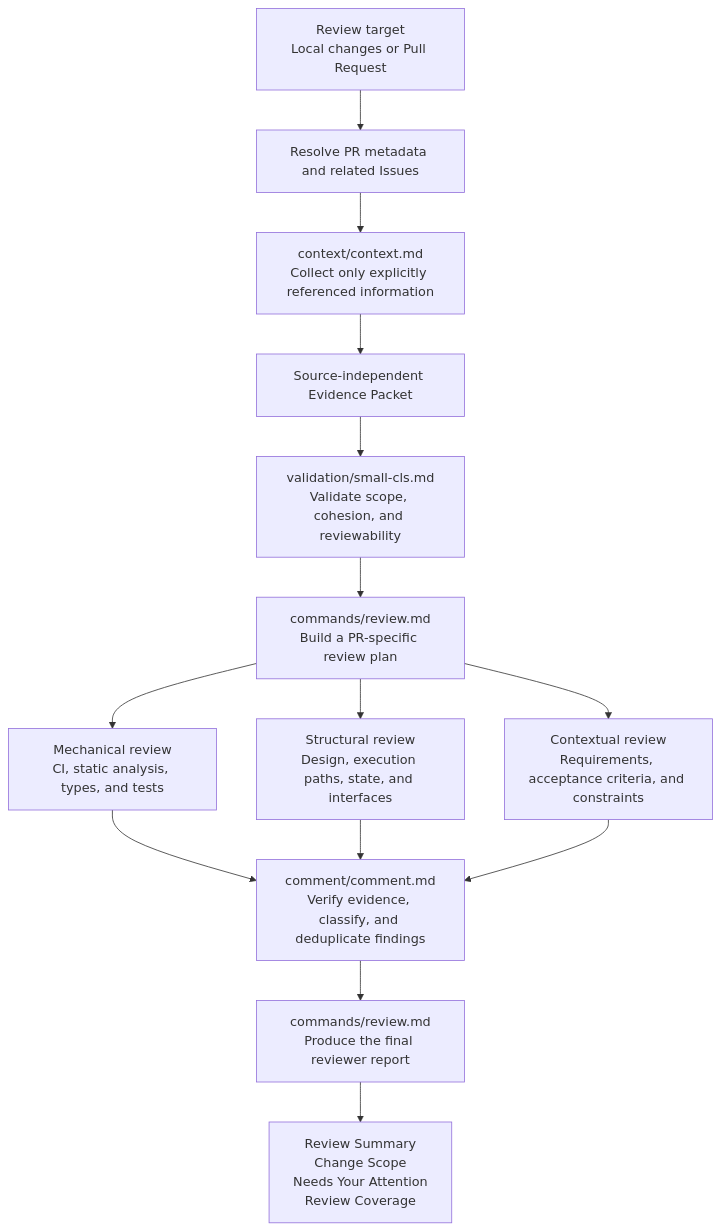
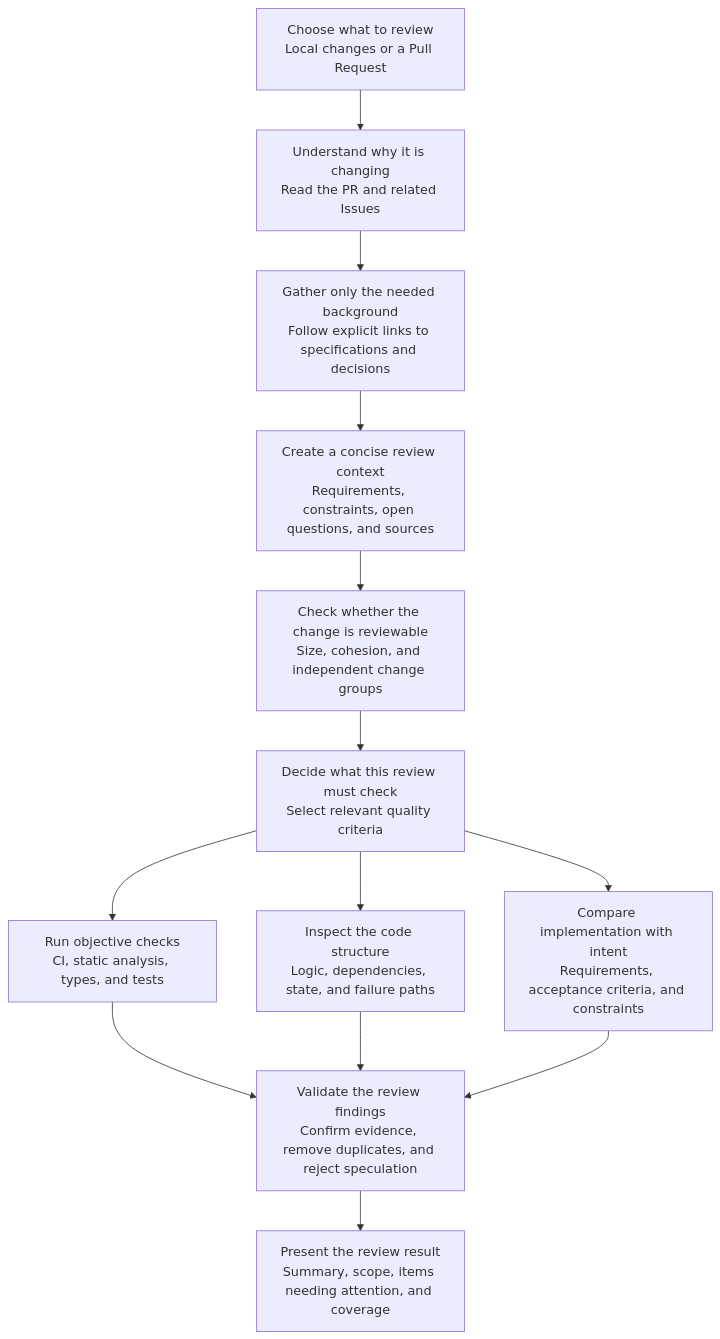
One commit to takuto-san/review changed the diagram in README.md. Above: the diagram before and after it, drawn with Mermaid. The commit also changed 2 other files, not shown here.

Commit message:
docs: clarify review workflow diagrams

````diff
--- a/README.md
+++ b/README.md
@@ -19,19 +19,17 @@
 ```mermaid
 flowchart TD
-    A[Review target<br/>Local changes or Pull Request] --> B[Resolve PR metadata and related Issues]
-    B --> C[context/context.md<br/>Collect only explicitly referenced information]
-    C --> D[Source-independent Evidence Packet]
-    D --> E[validation/small-cls.md<br/>Validate scope, cohesion, and reviewability]
-    E --> F[commands/review.md<br/>Build a PR-specific review plan]
+    A[Choose what to review<br/>Local changes or a Pull Request] --> B[Understand why it is changing<br/>Read the PR and related Issues]
+    B --> C[Gather only the needed background<br/>Follow explicit links to specifications and decisions]
+    C --> D[Create a concise review context<br/>Requirements, constraints, open questions, and sources]
+    D --> E[Check whether the change is reviewable<br/>Size, cohesion, and independent change groups]
+    E --> F[Decide what this review must check<br/>Select relevant quality criteria]
 
-    F --> G1[Mechanical review<br/>CI, static analysis, types, and tests]
-    F --> G2[Structural review<br/>Design, execution paths, state, and interfaces]
-    F --> G3[Contextual review<br/>Requirements, acceptance criteria, and constraints]
+    F --> G1[Run objective checks<br/>CI, static analysis, types, and tests]
+    F --> G2[Inspect the code structure<br/>Logic, dependencies, state, and failure paths]
+    F --> G3[Compare implementation with intent<br/>Requirements, acceptance criteria, and constraints]
 
-    G1 --> H[comment/comment.md<br/>Verify evidence, classify, and deduplicate findings]
+    G1 --> H[Validate the review findings<br/>Confirm evidence, remove duplicates, and reject speculation]
     G2 --> H
     G3 --> H
-
-    H --> I[commands/review.md<br/>Produce the final reviewer report]
-    I --> J[Review Summary<br/>Change Scope<br/>Needs Your Attention<br/>Review Coverage]
+    H --> I[Present the review result<br/>Summary, scope, items needing attention, and coverage]
 ```
````
